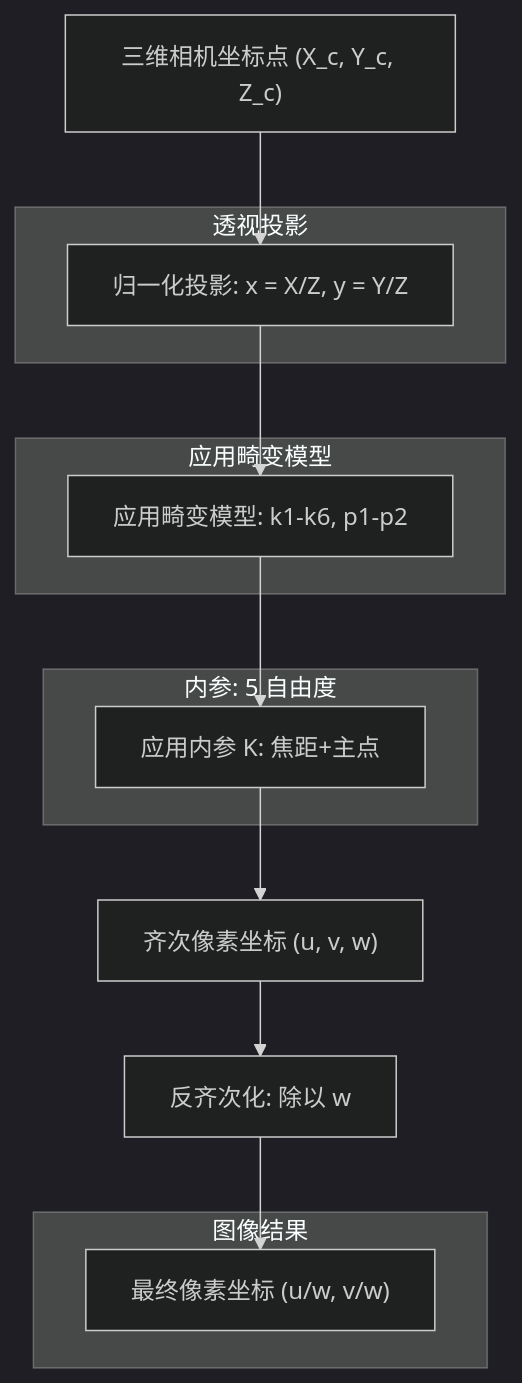
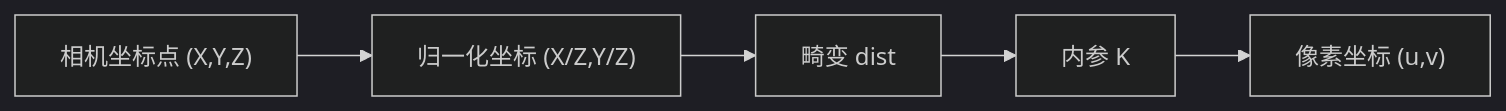
The diagram in src/00_basics/01_camera_model.md (dull-bird/book_3d_cv), drawn with Mermaid (dark theme) before and after one commit. The commit also changed other lines of this file and 34 other files, not shown here.

````diff
--- a/src/00_basics/01_camera_model.md
+++ b/src/00_basics/01_camera_model.md
@@ -528,25 +28,7 @@
 ```mermaid
-flowchart TD
-    A["三维相机坐标点 (X_c, Y_c, Z_c)"] --> B["归一化投影: x = X/Z, y = Y/Z"]
-    B --> C["应用畸变模型: k1-k6, p1-p2"]
-    C --> D["应用内参 K: 焦距+主点"]
-    D --> E["齐次像素坐标 (u, v, w)"]
-    E --> F["反齐次化: 除以 w"]
-    F --> G["最终像素坐标 (u/w, v/w)"]
-    
-    subgraph Projection["透视投影"]
-        B
-    end
-    
-    subgraph Distortion["应用畸变模型"]
-        C
-    end
-    
-    subgraph Intrinsic_Params["内参: 5 自由度"]
-        D
-    end
-    
-    subgraph Result["图像结果"]
-        G
-    end
+flowchart LR
+    A["相机坐标点 (X,Y,Z)"] --> B["归一化坐标 (X/Z,Y/Z)"]
+    B --> C["畸变 dist"]
+    C --> D["内参 K"]
+    D --> E["像素坐标 (u,v)"]
 ```
````
